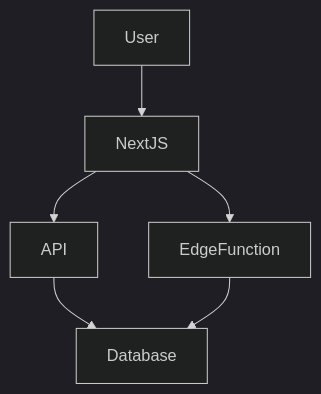
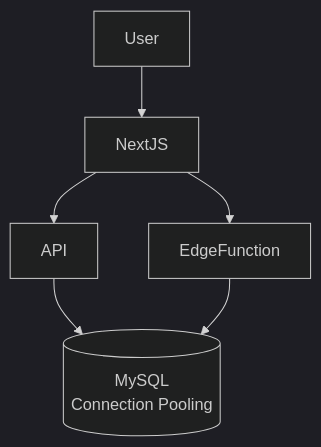
One commit to EIC-BCC/25_2-Refatoracao-arquitetural-da-plataforma-Micelio-para-ganhos-de-escalabilidade-e-manutenibilidade changed the diagram in README.md. Above: the diagram before and after it, drawn with Mermaid (dark theme).

````diff
--- a/README.md
+++ b/README.md
@@ -58,8 +58,8 @@
 ```mermaid
 graph TD;
     User-->NextJS;
     NextJS-->EdgeFunction;
     NextJS-->API;
-    API-->Database;
+    API-->Database[(MySQL<br/>Connection Pooling)];
     EdgeFunction-->Database;
 ```
````
